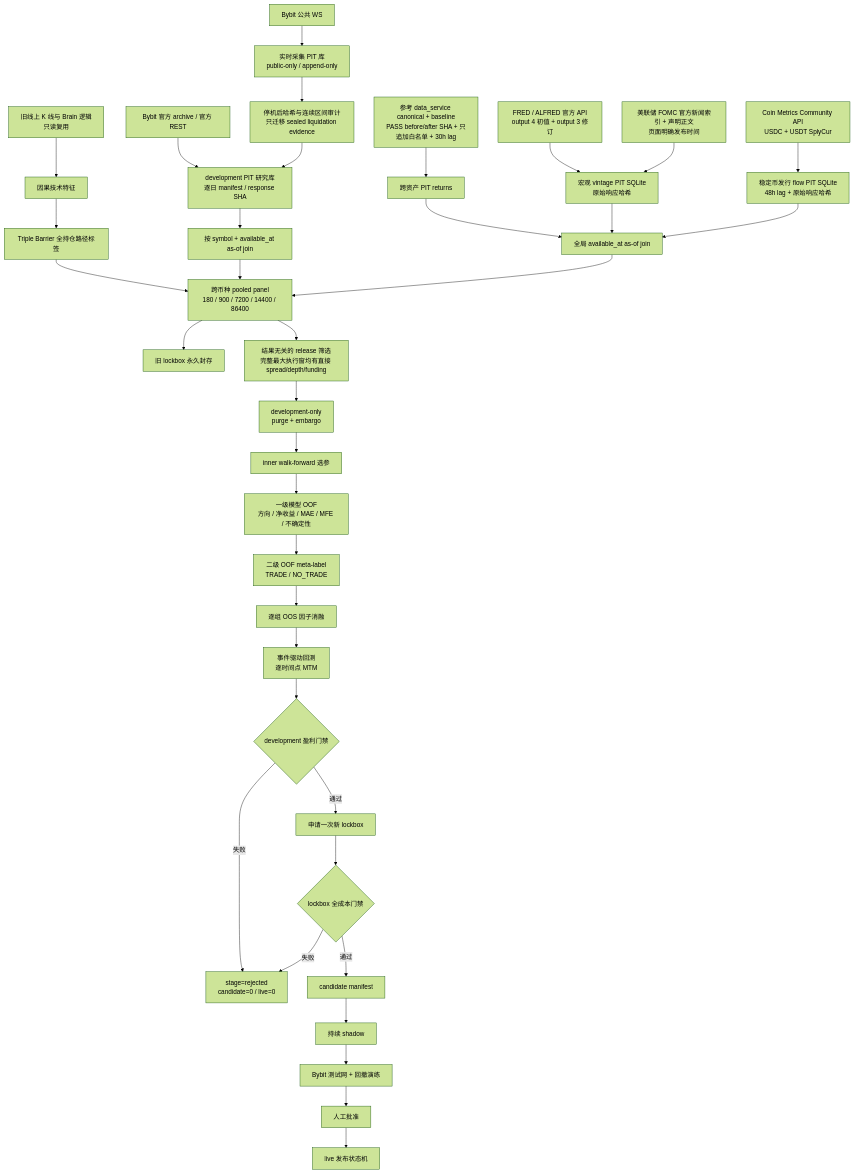
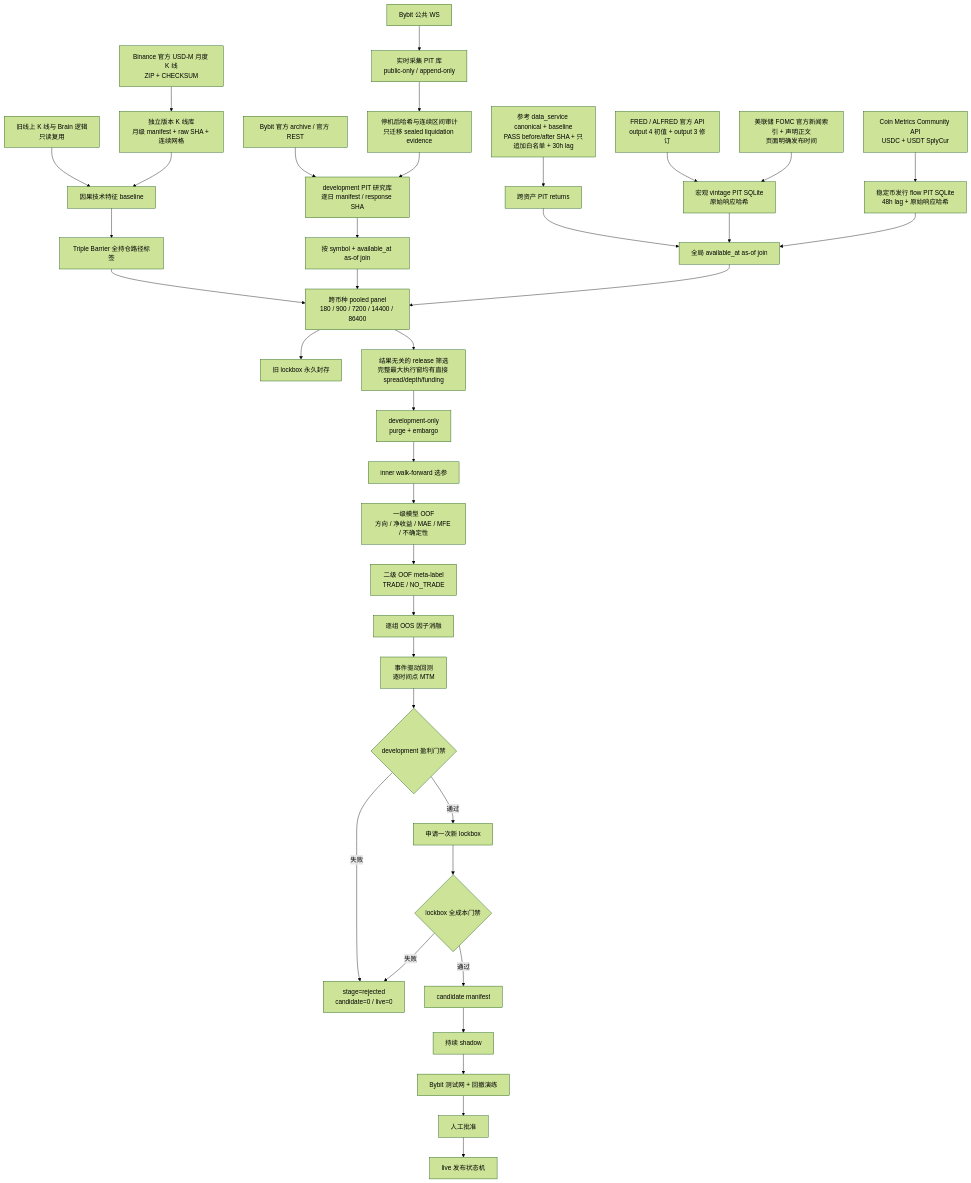
One commit to ckbkdj/ai-bybit-trading-system changed the first of 2 diagrams in ai_bot3/ai_bot3/docs/profitability_alpha_architecture.md. Above: the diagram before and after it, drawn with Mermaid (forest theme). The commit also changed other lines of this file, not shown here.

Commit message:
Document versioned alpha data flow

````diff
--- a/ai_bot3/ai_bot3/docs/profitability_alpha_architecture.md
+++ b/ai_bot3/ai_bot3/docs/profitability_alpha_architecture.md
@@ -19,41 +19,43 @@
 ```mermaid
 flowchart TD
-    A[旧线上 K 线与 Brain 逻辑<br/>只读复用] --> B[因果技术特征]
+    A[旧线上 K 线与 Brain 逻辑<br/>只读复用] --> B[因果技术特征 baseline]
+    AG[Binance 官方 USD-M 月度 K 线<br/>ZIP + CHECKSUM] --> AH[独立版本 K 线库<br/>月级 manifest + raw SHA + 连续网格]
+    AH --> B
     C[Bybit 公共 WS] --> CA[实时采集 PIT 库<br/>public-only / append-only]
     CA --> CB[停机后哈希与连续区间审计<br/>只迁移 sealed liquidation evidence]
     CC[Bybit 官方 archive / 官方 REST] --> D[development PIT 研究库<br/>逐日 manifest / response SHA]
     CB --> D
     E[参考 data_service canonical + baseline<br/>PASS before/after SHA + 只追加白名单 + 30h lag] --> F[跨资产 PIT returns]
     G[FRED / ALFRED 官方 API<br/>output 4 初值 + output 3 修订] --> H[宏观 vintage PIT SQLite<br/>原始响应哈希]
     AE[美联储 FOMC 官方新闻索引 + 声明正文<br/>页面明确发布时间] --> H
     AC[Coin Metrics Community API<br/>USDC + USDT SplyCur] --> AD[稳定币发行 flow PIT SQLite<br/>48h lag + 原始响应哈希]
 
     B --> I[Triple Barrier 全持仓路径标签]
     D --> J[按 symbol + available_at as-of join]
     F --> K[全局 available_at as-of join]
     H --> K
     AD --> K
     I --> L[跨币种 pooled panel<br/>180 / 900 / 7200 / 14400 / 86400]
     J --> L
     K --> L
 
     L --> M[旧 lockbox 永久封存]
     L --> AF[结果无关的 release 筛选<br/>完整最大执行窗均有直接 spread/depth/funding]
     AF --> N[development-only<br/>purge + embargo]
     N --> O[inner walk-forward 选参]
     O --> P[一级模型 OOF<br/>方向 / 净收益 / MAE / MFE / 不确定性]
     P --> Q[二级 OOF meta-label<br/>TRADE / NO_TRADE]
     Q --> R[逐组 OOS 因子消融]
     R --> S[事件驱动回测<br/>逐时间点 MTM]
     S --> T{development 盈利门禁}
 
     T -- 失败 --> U[stage=rejected<br/>candidate=0 / live=0]
     T -- 通过 --> V[申请一次新 lockbox]
     V --> W{lockbox 全成本门禁}
     W -- 失败 --> U
     W -- 通过 --> X[candidate manifest]
     X --> Y[持续 shadow]
     Y --> Z[Bybit 测试网 + 回撤演练]
     Z --> AA[人工批准]
     AA --> AB[live 发布状态机]
 ```
````
